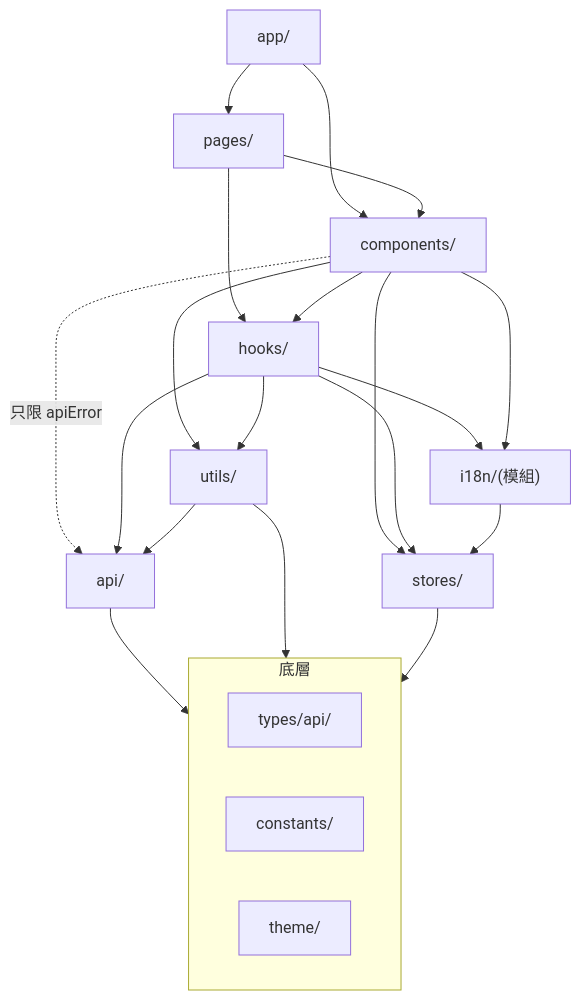
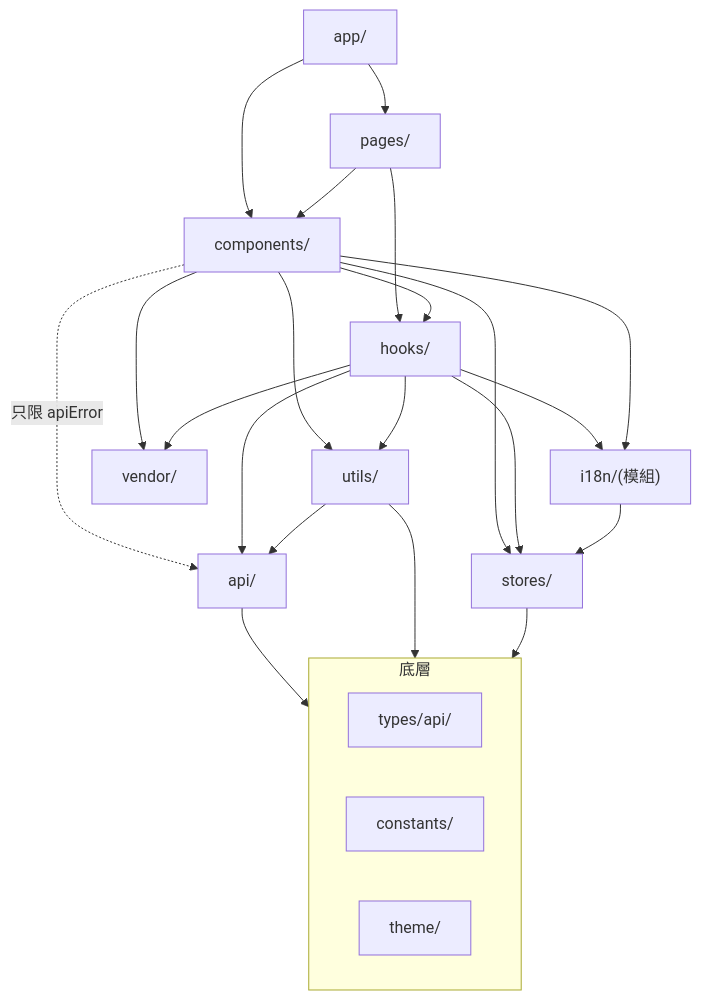
The diagram in references/standards/project-structure.md (PingYang0717/frontend-design-skill), drawn with Mermaid before and after one commit. The commit also changed other lines of this file and 147 other files, not shown here.

````diff
--- a/references/standards/project-structure.md
+++ b/references/standards/project-structure.md
@@ -41,26 +42,28 @@
 ```mermaid
 flowchart TD
   app["app/"] --> pages["pages/"]
   app --> components
   pages --> components["components/"]
   pages --> hooks
   components --> hooks["hooks/"]
   components --> stores
   components -. "只限 apiError" .-> api
   hooks --> api["api/"]
   hooks --> stores["stores/"]
   hooks --> i18n["i18n/(模組)"]
   components --> i18n
   i18n --> stores
+  components --> vendor["vendor/"]
+  hooks --> vendor
   components --> utils["utils/"]
   hooks --> utils
   utils --> api
   api --> base
   utils --> base
   stores --> base
   subgraph base["底層"]
     types["types/api/"]
     constants["constants/"]
     theme["theme/"]
   end
 ```
````
